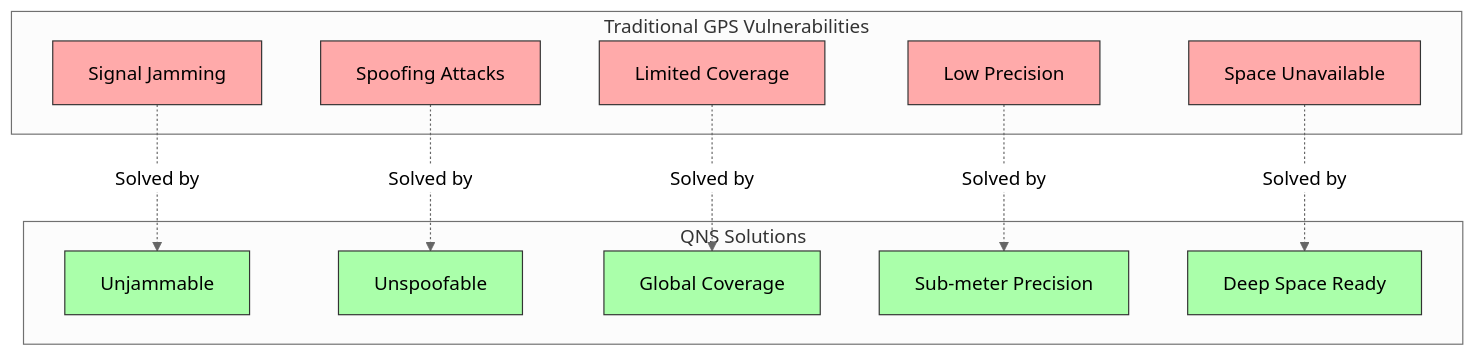
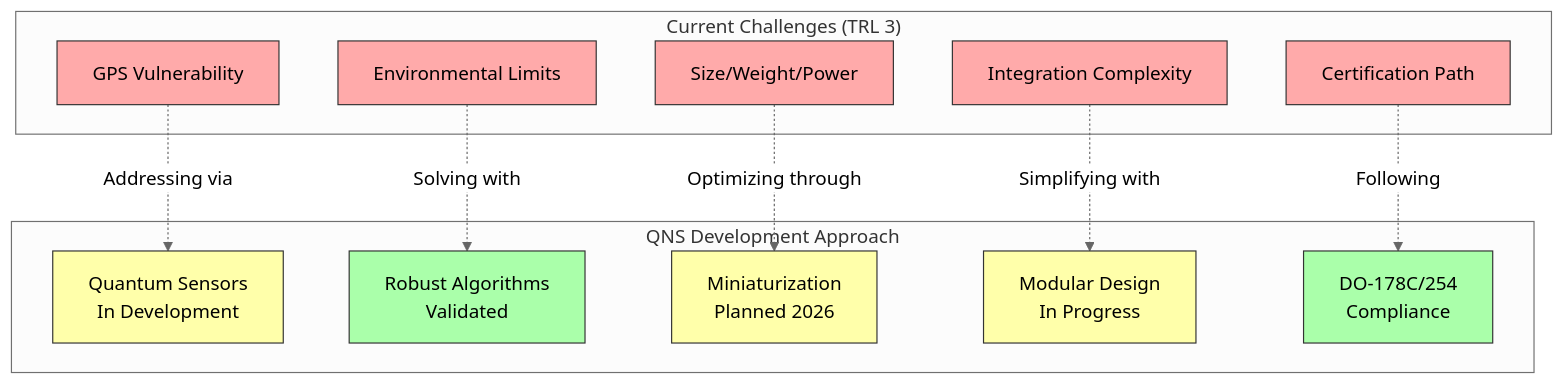
Before and after one commit to Robbbo-T/A-Q-U-A_V: the third of 33 diagrams in PRODUCT_LINES/QUANTUM/QUANTUM_SOFTWARE/DESIGN/QNS_NAVIGATION/DES_SOFTWARE_DEV/QUA-QNS01-25SVD0001-DES-BOB-ORG-TD-ATA-000-00-01-TPL-DOC-001-QCOM-v1.1.0 .md, drawn with Mermaid (neutral theme). The commit also changed other lines of this file, not shown here.

Commit message:
Update QUA-QNS01-25SVD0001-DES-BOB-ORG-TD-ATA-000-00-01-TPL-DOC-001-QCOM-v1.1.0 .md

````diff
--- a/PRODUCT_LINES/QUANTUM/QUANTUM_SOFTWARE/DESIGN/QNS_NAVIGATION/DES_SOFTWARE_DEV/QUA-QNS01-25SVD0001-DES-BOB-ORG-TD-ATA-000-00-01-TPL-DOC-001-QCOM-v1.1.0 .md
+++ b/PRODUCT_LINES/QUANTUM/QUANTUM_SOFTWARE/DESIGN/QNS_NAVIGATION/DES_SOFTWARE_DEV/QUA-QNS01-25SVD0001-DES-BOB-ORG-TD-ATA-000-00-01-TPL-DOC-001-QCOM-v1.1.0 .md
@@ -114,36 +119,36 @@
 ```mermaid
 graph TD
-    subgraph "Traditional GPS Vulnerabilities"
-        V1[Signal Jamming]
-        V2[Spoofing Attacks]
-        V3[Limited Coverage]
-        V4[Low Precision]
-        V5[Space Unavailable]
+    subgraph "Current Challenges (TRL 3)"
+        V1[GPS Vulnerability]
+        V2[Environmental Limits]
+        V3[Size/Weight/Power]
+        V4[Integration Complexity]
+        V5[Certification Path]
     end
     
-    subgraph "QNS Solutions"
-        S1[Unjammable]
-        S2[Unspoofable]
-        S3[Global Coverage]
-        S4[Sub-meter Precision]
-        S5[Deep Space Ready]
+    subgraph "QNS Development Approach"
+        S1[Quantum Sensors<br/>In Development]
+        S2[Robust Algorithms<br/>Validated]
+        S3[Miniaturization<br/>Planned 2026]
+        S4[Modular Design<br/>In Progress]
+        S5[DO-178C/254<br/>Compliance]
     end
     
-    V1 -.->|Solved by| S1
-    V2 -.->|Solved by| S2
-    V3 -.->|Solved by| S3
-    V4 -.->|Solved by| S4
-    V5 -.->|Solved by| S5
+    V1 -.->|Addressing via| S1
+    V2 -.->|Solving with| S2
+    V3 -.->|Optimizing through| S3
+    V4 -.->|Simplifying with| S4
+    V5 -.->|Following| S5
     
     style V1 fill:#faa,stroke:#333
     style V2 fill:#faa,stroke:#333
     style V3 fill:#faa,stroke:#333
     style V4 fill:#faa,stroke:#333
     style V5 fill:#faa,stroke:#333
     
-    style S1 fill:#afa,stroke:#333
+    style S1 fill:#ffa,stroke:#333
     style S2 fill:#afa,stroke:#333
-    style S3 fill:#afa,stroke:#333
-    style S4 fill:#afa,stroke:#333
+    style S3 fill:#ffa,stroke:#333
+    style S4 fill:#ffa,stroke:#333
     style S5 fill:#afa,stroke:#333
 ```
````
